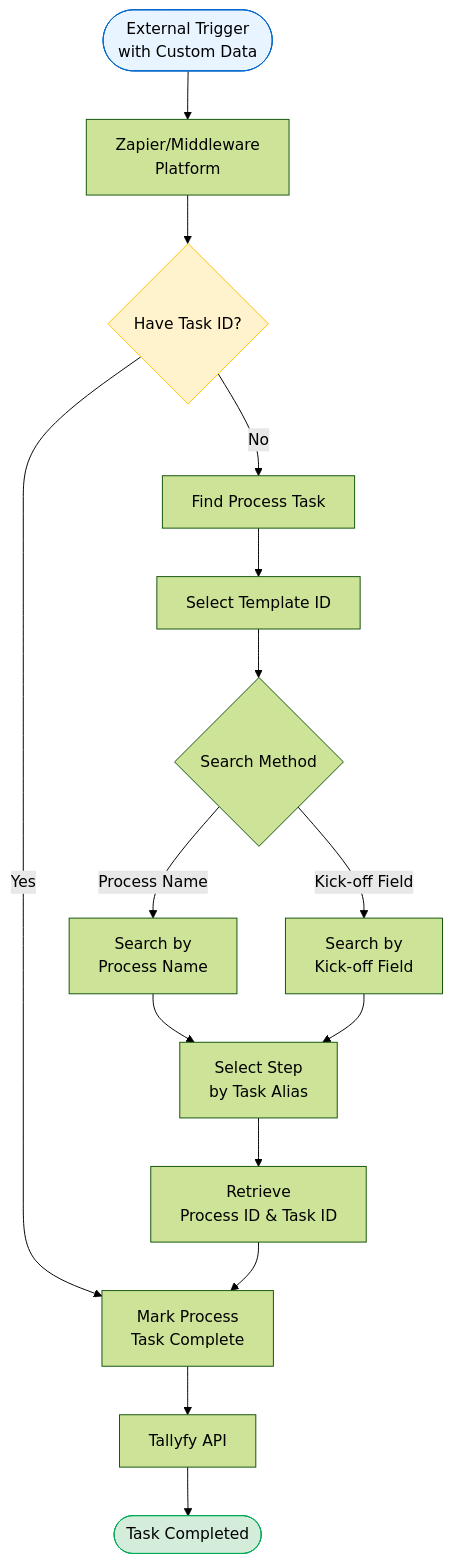
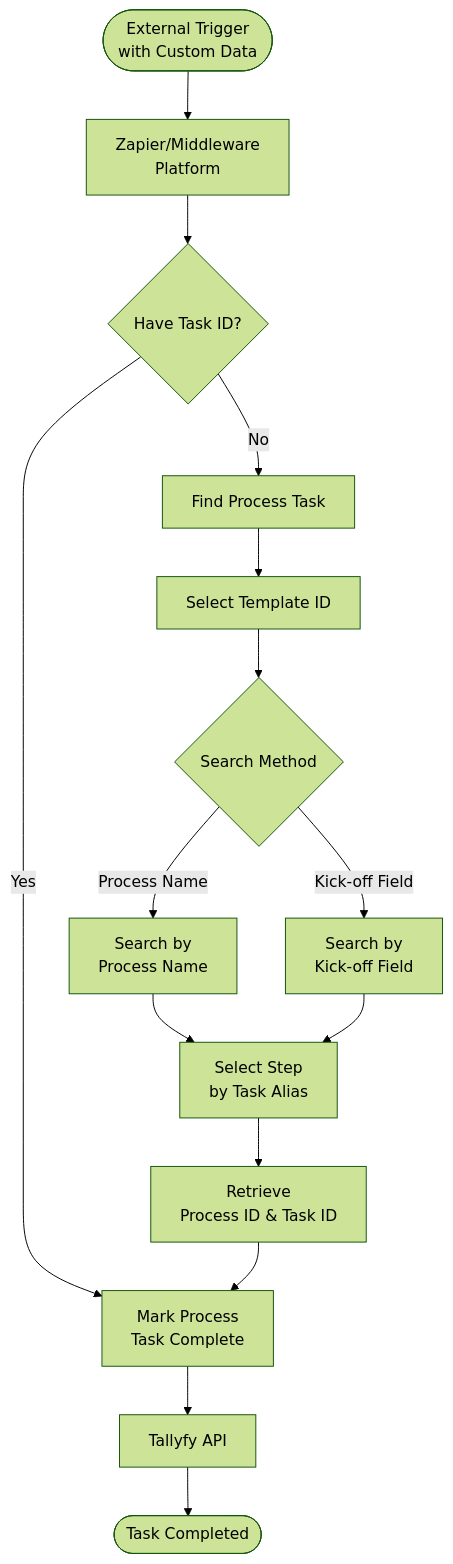
One commit to tallyfy/documentation changed the diagram in src/content/docs/pro/integrations/middleware/zapier/how-to-automate-tasks-in-tallyfy-using-zaps.mdx. Above: the diagram before and after it, drawn with Mermaid (forest theme). The commit also changed 13 other files, not shown here.

First line of the commit message:
Remove style directives from Mermaid diagrams across documentation

````diff
--- a/src/content/docs/pro/integrations/middleware/zapier/how-to-automate-tasks-in-tallyfy-using-zaps.mdx
+++ b/src/content/docs/pro/integrations/middleware/zapier/how-to-automate-tasks-in-tallyfy-using-zaps.mdx
@@ -24,28 +24,25 @@
 ```mermaid
 flowchart TD
     Start([External Trigger<br/>with Custom Data]) --> Zapier[Zapier/Middleware<br/>Platform]
     
     Zapier --> Decision{Have Task ID?}
     
     Decision -->|No| Find[Find Process Task]
     Find --> Template[Select Template ID]
     Template --> Search{Search Method}
     Search -->|Process Name| SearchName[Search by<br/>Process Name]
     Search -->|Kick-off Field| SearchField[Search by<br/>Kick-off Field]
     SearchName --> SelectStep[Select Step<br/>by Task Alias]
     SearchField --> SelectStep
     SelectStep --> GetIDs[Retrieve<br/>Process ID & Task ID]
     
     Decision -->|Yes| Complete[Mark Process<br/>Task Complete]
     GetIDs --> Complete
     
     Complete --> API[Tallyfy API]
     API --> Success([Task Completed])
     
-    style Start fill:#E8F4FF,stroke:#0066CC
-    style Success fill:#D4EDDA,stroke:#00AA55
-    style Decision fill:#FFF3CD,stroke:#FFC107
     
     click Find "/products/pro/tracking-and-tasks/tasks/" "Learn about tasks"
     click API "/products/pro/integrations/open-api/" "Tallyfy API documentation"
 ```
````
